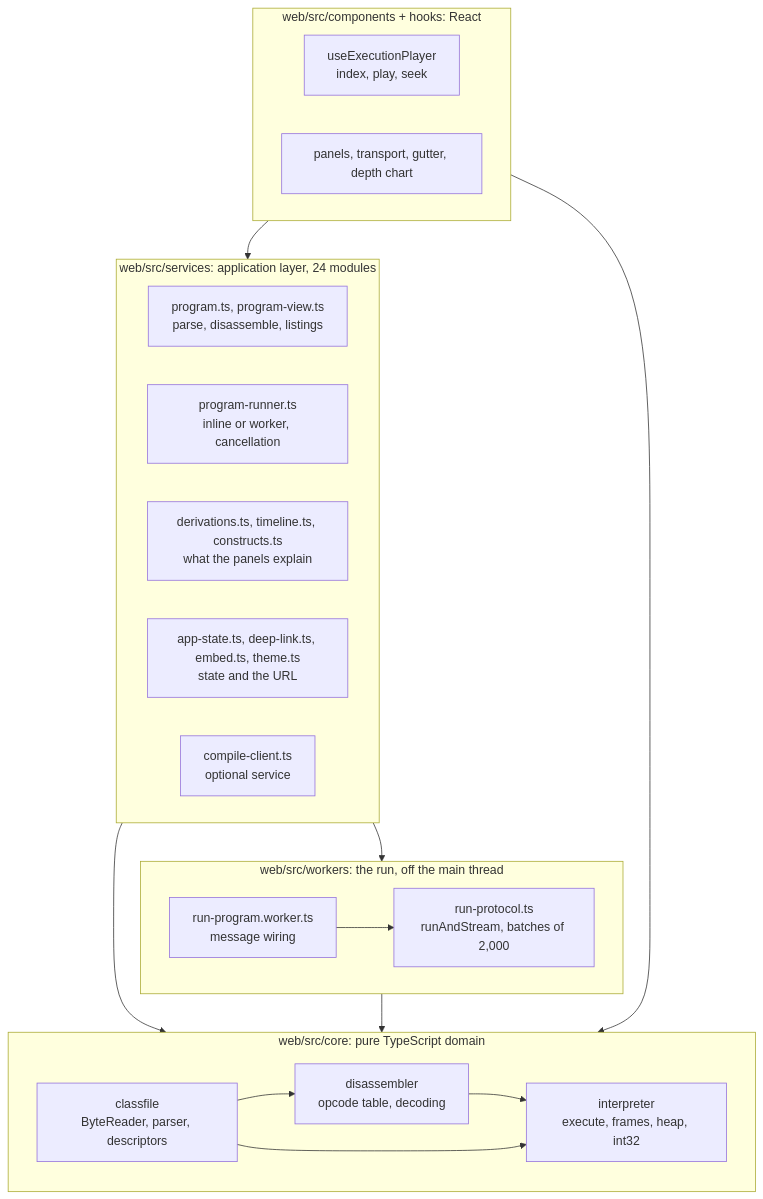
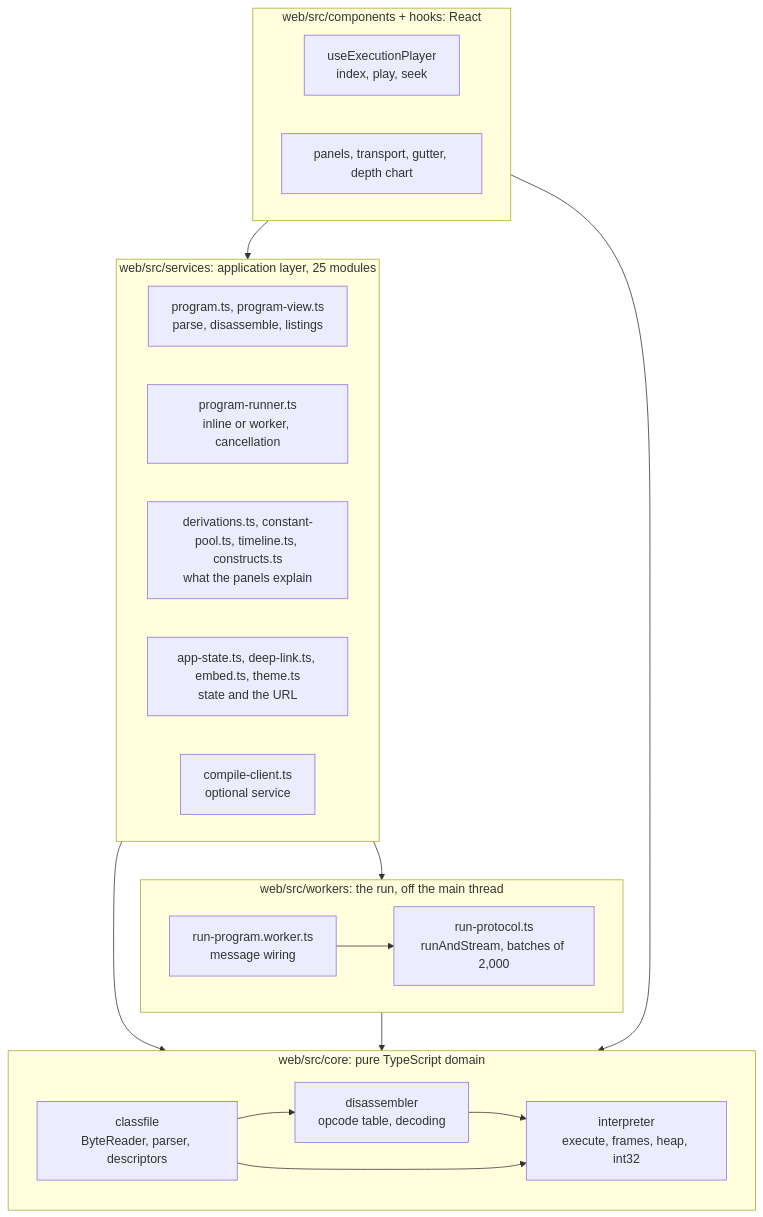
One commit to mblaszczykowski/JVM-Bytecode-Visualizer changed the first of 3 diagrams in docs/architecture.md. Above: the diagram before and after it, drawn with Mermaid. The commit also changed 9 other files, not shown here.

First line of the commit message:
refactor(services): give the constant pool its own module

````diff
--- a/docs/architecture.md
+++ b/docs/architecture.md
@@ -12,32 +12,32 @@
 ```mermaid
 flowchart TD
   subgraph core["web/src/core: pure TypeScript domain"]
     classfile["classfile<br/>ByteReader, parser, descriptors"]
     disassembler["disassembler<br/>opcode table, decoding"]
     interpreter["interpreter<br/>execute, frames, heap, int32"]
     classfile --> disassembler
     disassembler --> interpreter
     classfile --> interpreter
   end
   subgraph worker["web/src/workers: the run, off the main thread"]
     protocol["run-protocol.ts<br/>runAndStream, batches of 2,000"]
     shim["run-program.worker.ts<br/>message wiring"]
     shim --> protocol
   end
-  subgraph app["web/src/services: application layer, 24 modules"]
+  subgraph app["web/src/services: application layer, 25 modules"]
     program["program.ts, program-view.ts<br/>parse, disassemble, listings"]
     runner["program-runner.ts<br/>inline or worker, cancellation"]
-    derive["derivations.ts, timeline.ts, constructs.ts<br/>what the panels explain"]
+    derive["derivations.ts, constant-pool.ts, timeline.ts, constructs.ts<br/>what the panels explain"]
     state["app-state.ts, deep-link.ts, embed.ts, theme.ts<br/>state and the URL"]
     compileClient["compile-client.ts<br/>optional service"]
   end
   subgraph ui["web/src/components + hooks: React"]
     player["useExecutionPlayer<br/>index, play, seek"]
     panels["panels, transport, gutter, depth chart"]
   end
   app --> core
   app --> worker
   worker --> core
   ui --> app
   ui --> core
 ```
````
